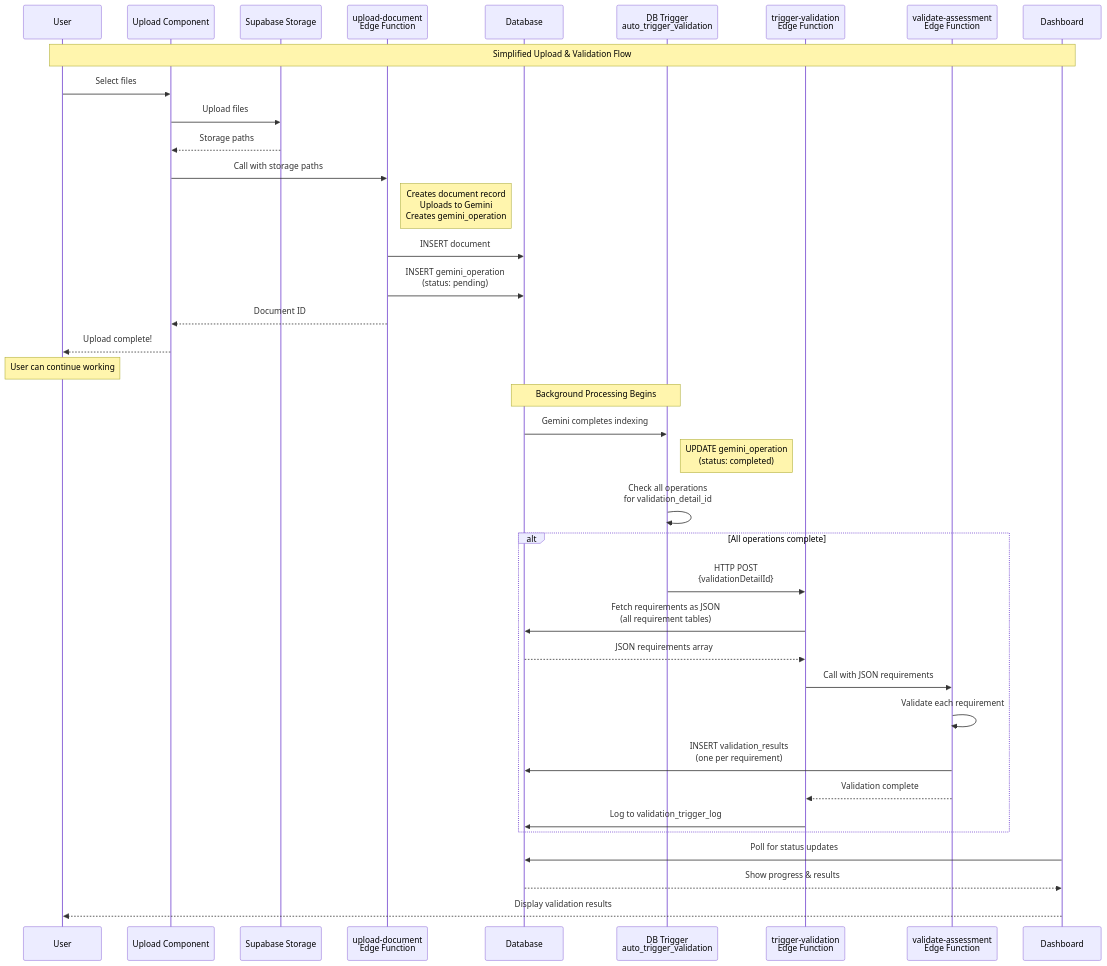
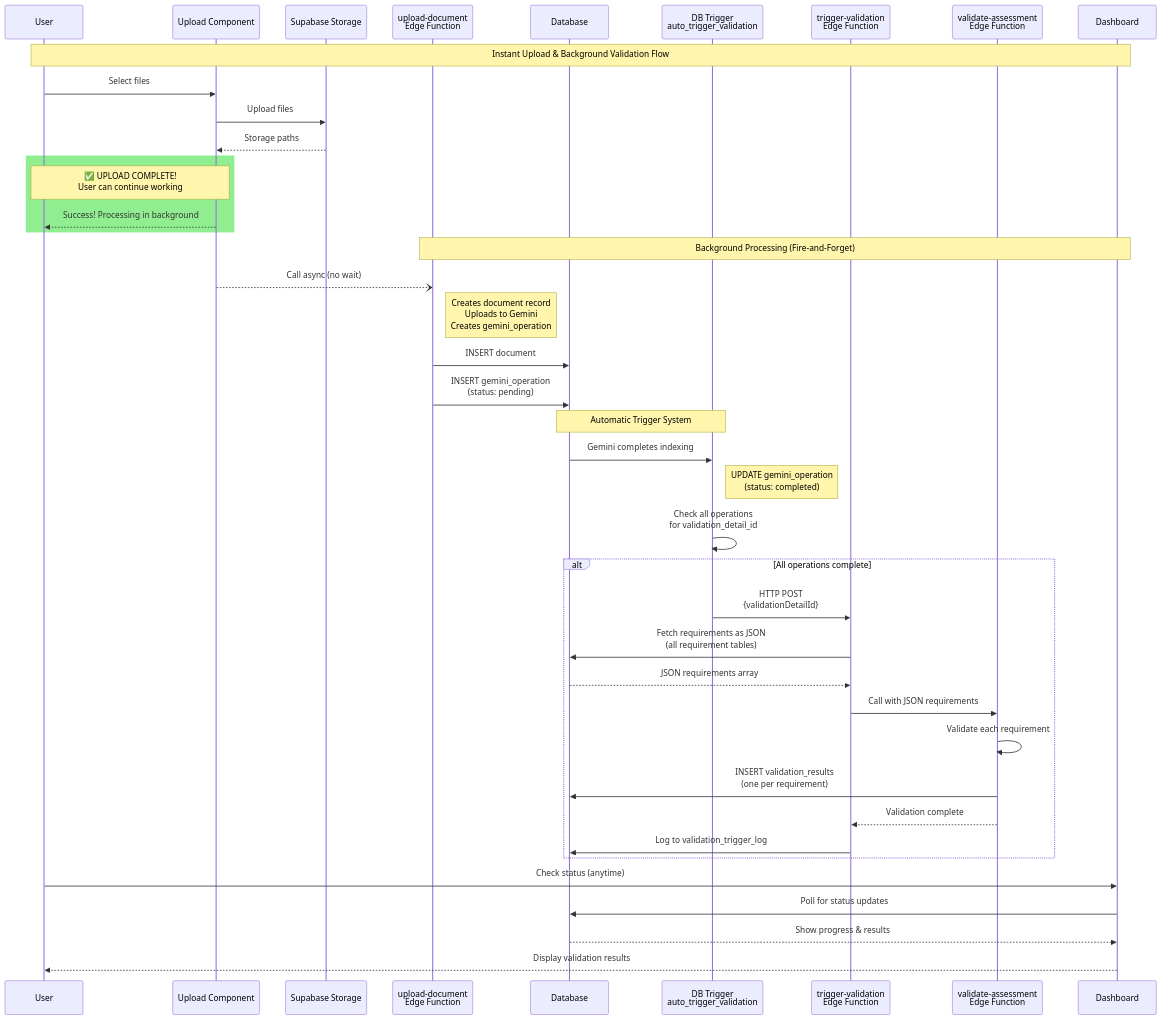
Before and after one commit to KevinDyerAU/NytroAI: the diagram in docs/simplified-upload-flow.mmd, drawn with Mermaid. The commit also changed 2 other files, not shown here.

First paragraph of the commit message:
docs: Update README to emphasize instant upload with fire-and-forget pattern
Updated README and diagrams to highlight the instant upload experience
where users can continue working immediately without waiting.

```diff
--- a/docs/simplified-upload-flow.mmd
+++ b/docs/simplified-upload-flow.mmd
@@ -1,53 +1,57 @@
 sequenceDiagram
     participant User
     participant Frontend as Upload Component
     participant Storage as Supabase Storage
     participant EdgeFn as upload-document<br/>Edge Function
     participant DB as Database
     participant Trigger as DB Trigger<br/>auto_trigger_validation
     participant TriggerFn as trigger-validation<br/>Edge Function
     participant ValidateFn as validate-assessment<br/>Edge Function
     participant Dashboard
 
-    Note over User,Dashboard: Simplified Upload & Validation Flow
+    Note over User,Dashboard: Instant Upload & Background Validation Flow
 
     User->>Frontend: Select files
     Frontend->>Storage: Upload files
     Storage-->>Frontend: Storage paths
     
-    Frontend->>EdgeFn: Call with storage paths
+    rect rgb(144, 238, 144)
+        Note over Frontend,User: ✅ UPLOAD COMPLETE!<br/>User can continue working
+        Frontend-->>User: Success! Processing in background
+    end
+    
+    Note over EdgeFn,Dashboard: Background Processing (Fire-and-Forget)
+
+    Frontend--)EdgeFn: Call async (no wait)
     Note right of EdgeFn: Creates document record<br/>Uploads to Gemini<br/>Creates gemini_operation
     
     EdgeFn->>DB: INSERT document
     EdgeFn->>DB: INSERT gemini_operation<br/>(status: pending)
-    EdgeFn-->>Frontend: Document ID
     
-    Frontend-->>User: Upload complete!
-    Note over User: User can continue working
-
-    Note over DB,Trigger: Background Processing Begins
+    Note over DB,Trigger: Automatic Trigger System
 
     DB->>Trigger: Gemini completes indexing
     Note right of Trigger: UPDATE gemini_operation<br/>(status: completed)
     
     Trigger->>Trigger: Check all operations<br/>for validation_detail_id
     
     alt All operations complete
         Trigger->>TriggerFn: HTTP POST<br/>{validationDetailId}
         
         TriggerFn->>DB: Fetch requirements as JSON<br/>(all requirement tables)
         DB-->>TriggerFn: JSON requirements array
         
         TriggerFn->>ValidateFn: Call with JSON requirements
         
         ValidateFn->>ValidateFn: Validate each requirement
         
         ValidateFn->>DB: INSERT validation_results<br/>(one per requirement)
         
         ValidateFn-->>TriggerFn: Validation complete
         TriggerFn->>DB: Log to validation_trigger_log
     end
 
+    User->>Dashboard: Check status (anytime)
     Dashboard->>DB: Poll for status updates
     DB-->>Dashboard: Show progress & results
     Dashboard-->>User: Display validation results
```
